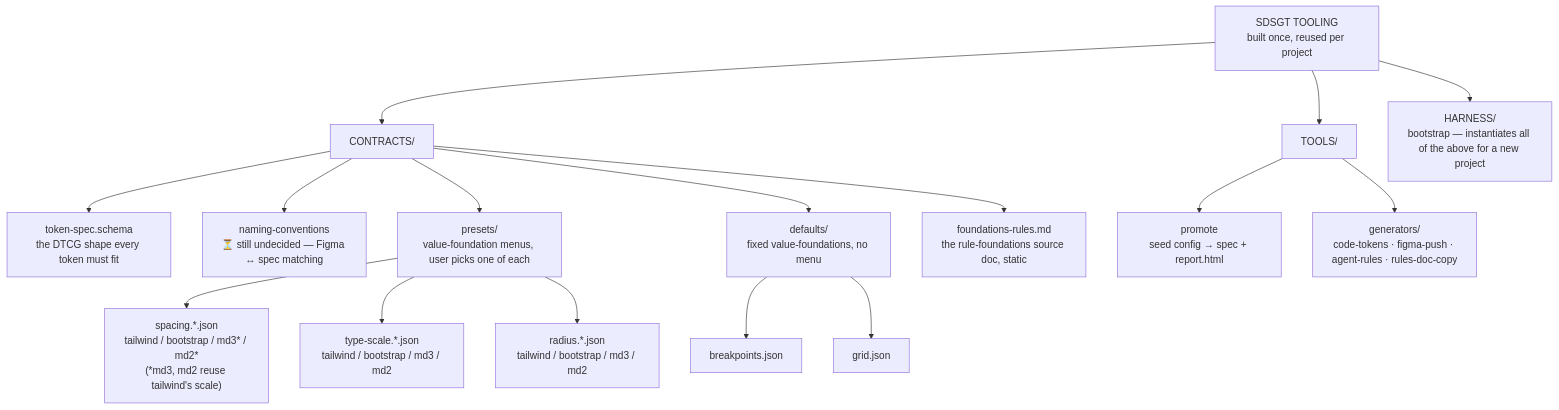
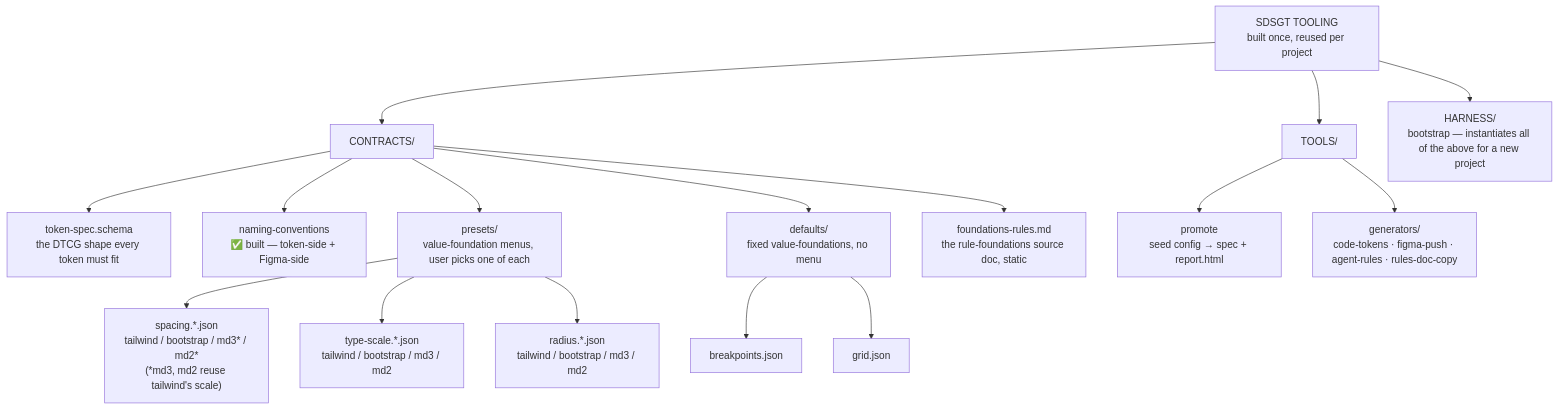
Before and after one commit to graphicalmike-ops/Scaffolded-Design-System-Generation-Tool-SDSGT: the third of 4 diagrams in pipeline-plan.md, drawn with Mermaid. The commit also changed other lines of this file and 15 other files, not shown here.

First line of the commit message:
Add Generate-stage contracts and a full Figma push pipeline, wired into SDSGT-start

````diff
--- a/pipeline-plan.md
+++ b/pipeline-plan.md
@@ -301,27 +303,27 @@
 ```mermaid
 flowchart TD
     ROOT["SDSGT TOOLING<br/>built once, reused per project"]
     CONTRACTS["CONTRACTS/"]
     TOOLS["TOOLS/"]
     HARNESS["HARNESS/<br/>bootstrap — instantiates all of the above for a new project"]
 
     ROOT --> CONTRACTS
     ROOT --> TOOLS
     ROOT --> HARNESS
 
     CONTRACTS --> spec["token-spec.schema<br/>the DTCG shape every token must fit"]
-    CONTRACTS --> naming["naming-conventions<br/>⏳ still undecided — Figma ↔ spec matching"]
+    CONTRACTS --> naming["naming-conventions<br/>✅ built — token-side + Figma-side"]
     CONTRACTS --> presets["presets/<br/>value-foundation menus, user picks one of each"]
     CONTRACTS --> defaults["defaults/<br/>fixed value-foundations, no menu"]
     CONTRACTS --> rulesdoc["foundations-rules.md<br/>the rule-foundations source doc, static"]
 
     presets --> spacingPreset["spacing.*.json<br/>tailwind / bootstrap / md3* / md2*<br/>(*md3, md2 reuse tailwind's scale)"]
     presets --> typePreset["type-scale.*.json<br/>tailwind / bootstrap / md3 / md2"]
     presets --> roundPreset["radius.*.json<br/>tailwind / bootstrap / md3 / md2"]
 
     defaults --> breakpoints["breakpoints.json"]
     defaults --> grid["grid.json"]
 
     TOOLS --> promote["promote<br/>seed config → spec + report.html"]
     TOOLS --> generators["generators/<br/>code-tokens · figma-push · agent-rules · rules-doc-copy"]
 ```
````
